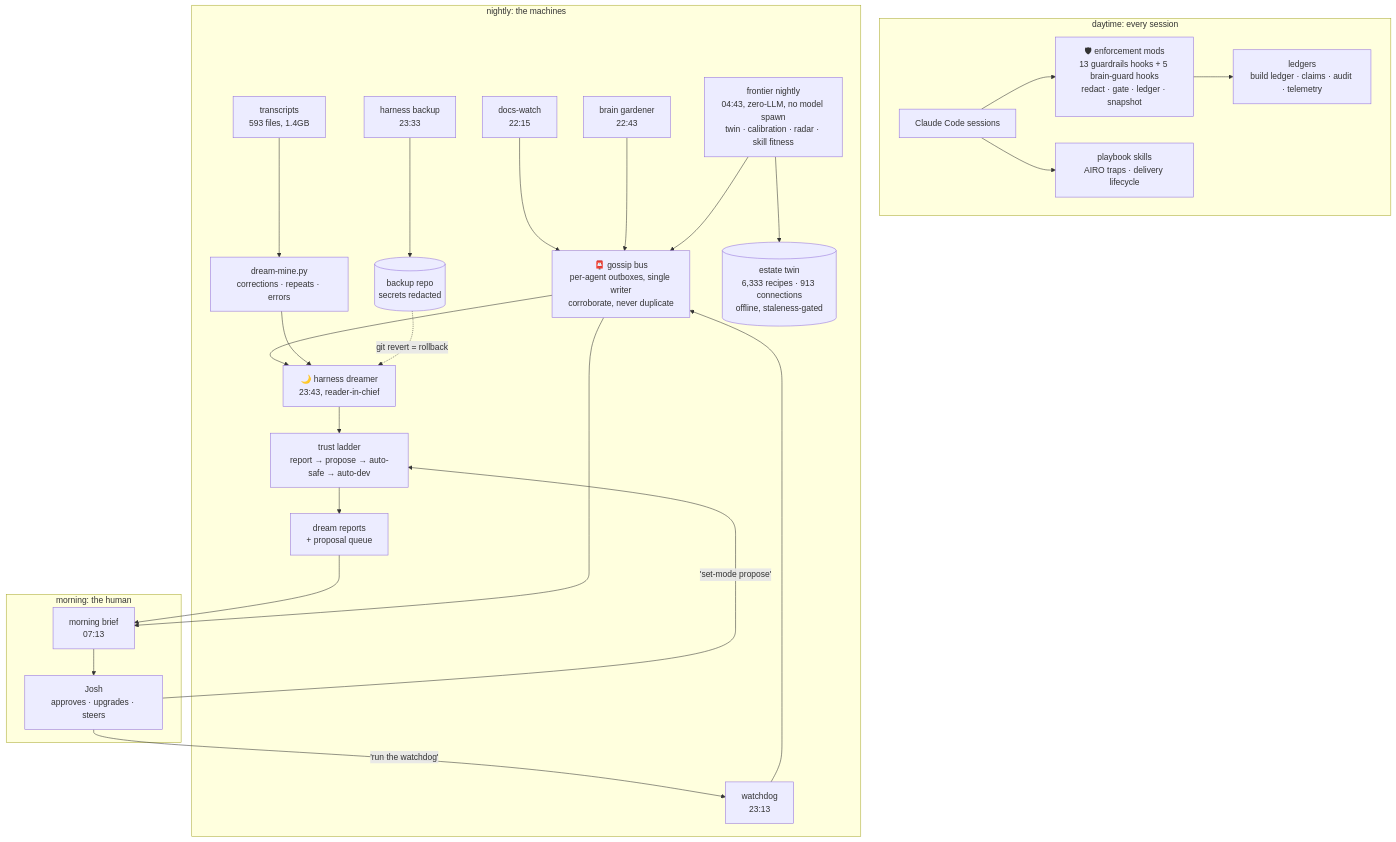
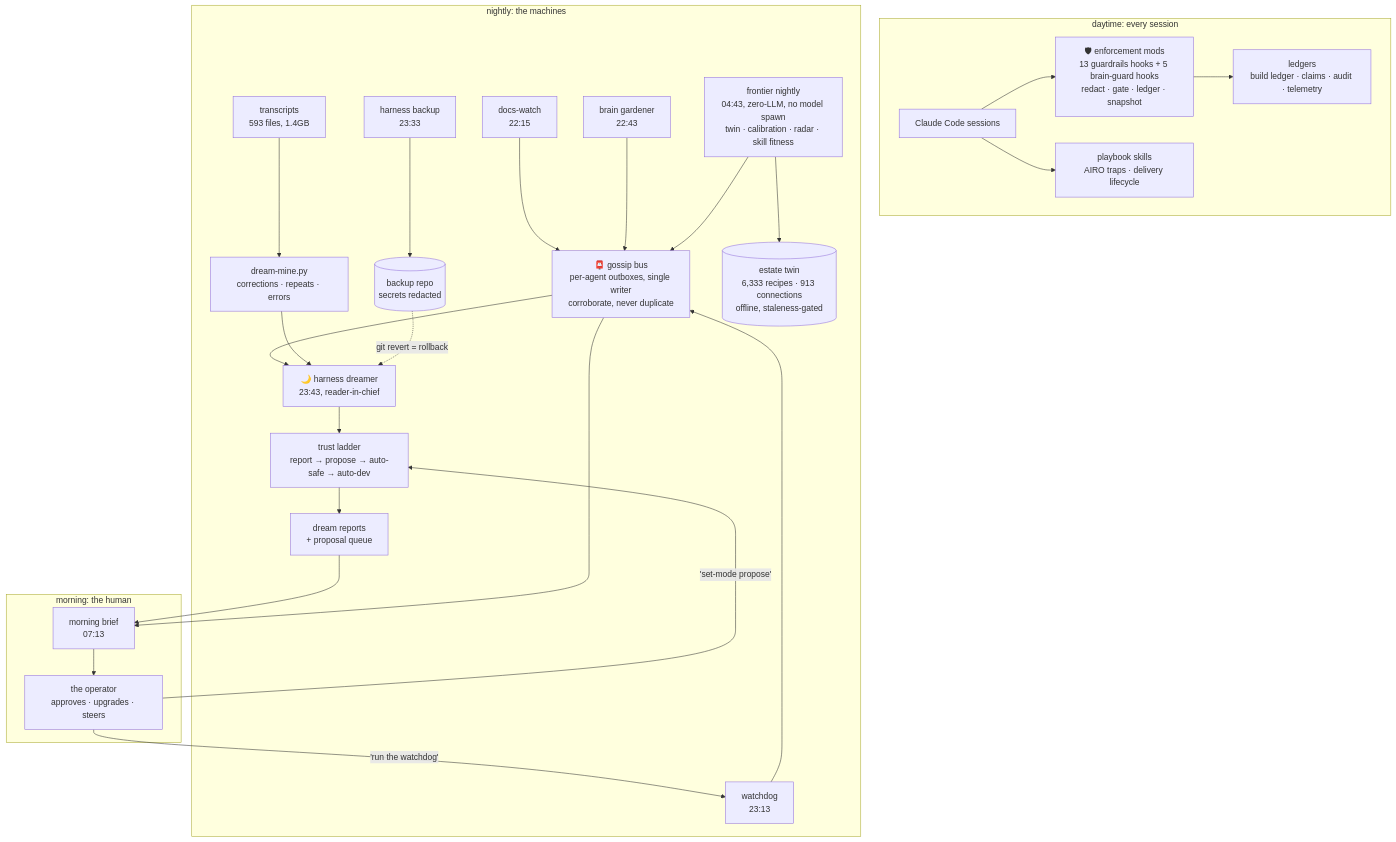
One commit to jdcramoy/workato-agentic-kit changed the diagram in README.md. Above: the diagram before and after it, drawn with Mermaid. The commit also changed other lines of this file and 110 other files, not shown here.

````diff
--- a/README.md
+++ b/README.md
@@ -144,34 +144,34 @@
 ```mermaid
 graph TB
     subgraph SESSIONS[" daytime: every session "]
         CC["Claude Code sessions"] --> MODS["🛡 enforcement mods\n13 guardrails hooks + 5 brain-guard hooks\nredact · gate · ledger · snapshot"]
         CC --> SKILLS["playbook skills\nAIRO traps · delivery lifecycle"]
         MODS --> LEDGERS["ledgers\nbuild ledger · claims · audit · telemetry"]
     end
 
     subgraph NIGHT[" nightly: the machines "]
         DW["docs-watch\n22:15"] --> BUS
         BG["brain gardener\n22:43"] --> BUS
         WD["watchdog\n23:13"] --> BUS
         BUS["📮 gossip bus\nper-agent outboxes, single writer\ncorroborate, never duplicate"]
         HB["harness backup\n23:33"] --> REPO[("backup repo\nsecrets redacted")]
         DREAMER["🌙 harness dreamer\n23:43, reader-in-chief"]
         BUS --> DREAMER
         TX["transcripts\n593 files, 1.4GB"] --> MINE["dream-mine.py\ncorrections · repeats · errors"]
         MINE --> DREAMER
         DREAMER --> LADDER["trust ladder\nreport → propose → auto-safe → auto-dev"]
         LADDER --> REPORTS["dream reports\n+ proposal queue"]
         FN["frontier nightly\n04:43, zero-LLM, no model spawn\ntwin · calibration · radar · skill fitness"] --> BUS
         FN --> TWIN[("estate twin\n6,333 recipes · 913 connections\noffline, staleness-gated")]
     end
 
     subgraph MORNING[" morning: the human "]
-        MB["morning brief\n07:13"] --> JOSH["Josh\napproves · upgrades · steers"]
+        MB["morning brief\n07:13"] --> OPERATOR["the operator\napproves · upgrades · steers"]
         REPORTS --> MB
         BUS --> MB
     end
 
     REPO -.->|"git revert = rollback"| DREAMER
-    JOSH -->|"'set-mode propose'"| LADDER
-    JOSH -->|"'run the watchdog'"| WD
+    OPERATOR -->|"'set-mode propose'"| LADDER
+    OPERATOR -->|"'run the watchdog'"| WD
 ```
````
